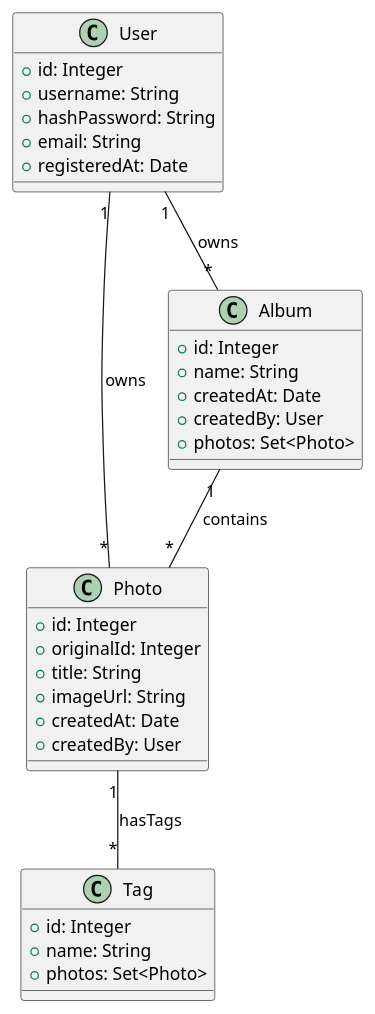
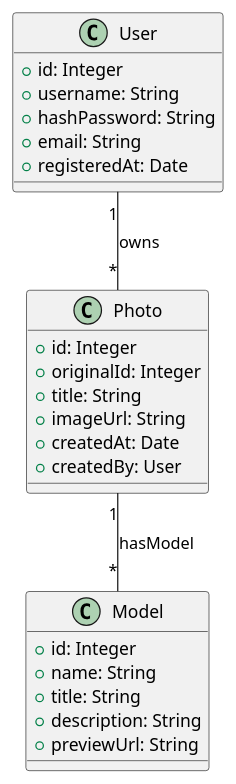
Before and after one commit to RobynChau/AniPhoto: the diagram in Architecture/domain-model.puml, drawn with PlantUML. The commit also changed 2 other files, not shown here.

Commit message:
fix: update architecture

```diff
--- a/Architecture/domain-model.puml
+++ b/Architecture/domain-model.puml
@@ -1,39 +1,29 @@
 @startuml "ANIPHOTO DOMAIN MODEL DIAGRAM"
-
     class User {
         +id: Integer
         +username: String
         +hashPassword: String
         +email: String
         +registeredAt: Date
     }
 
     class Photo {
         +id: Integer
         +originalId: Integer
         +title: String
         +imageUrl: String
         +createdAt: Date
         +createdBy: User
     }
 
-    class Album {
+    class Model {
         +id: Integer
         +name: String
-        +createdAt: Date
-        +createdBy: User
-        +photos: Set<Photo>
-    }
-
-    class Tag {
-        +id: Integer
-        +name: String
-        +photos: Set<Photo>
+        +title: String
+        +description: String
+        +previewUrl: String
     }
 
     User "1" -- "*" Photo : owns
-    User "1" -- "*" Album : owns
-    Photo "1" -- "*" Tag : hasTags
-    Album "1" -- "*" Photo : contains
-
+    Photo "1" -- "*" Model : hasModel
 @enduml
```
